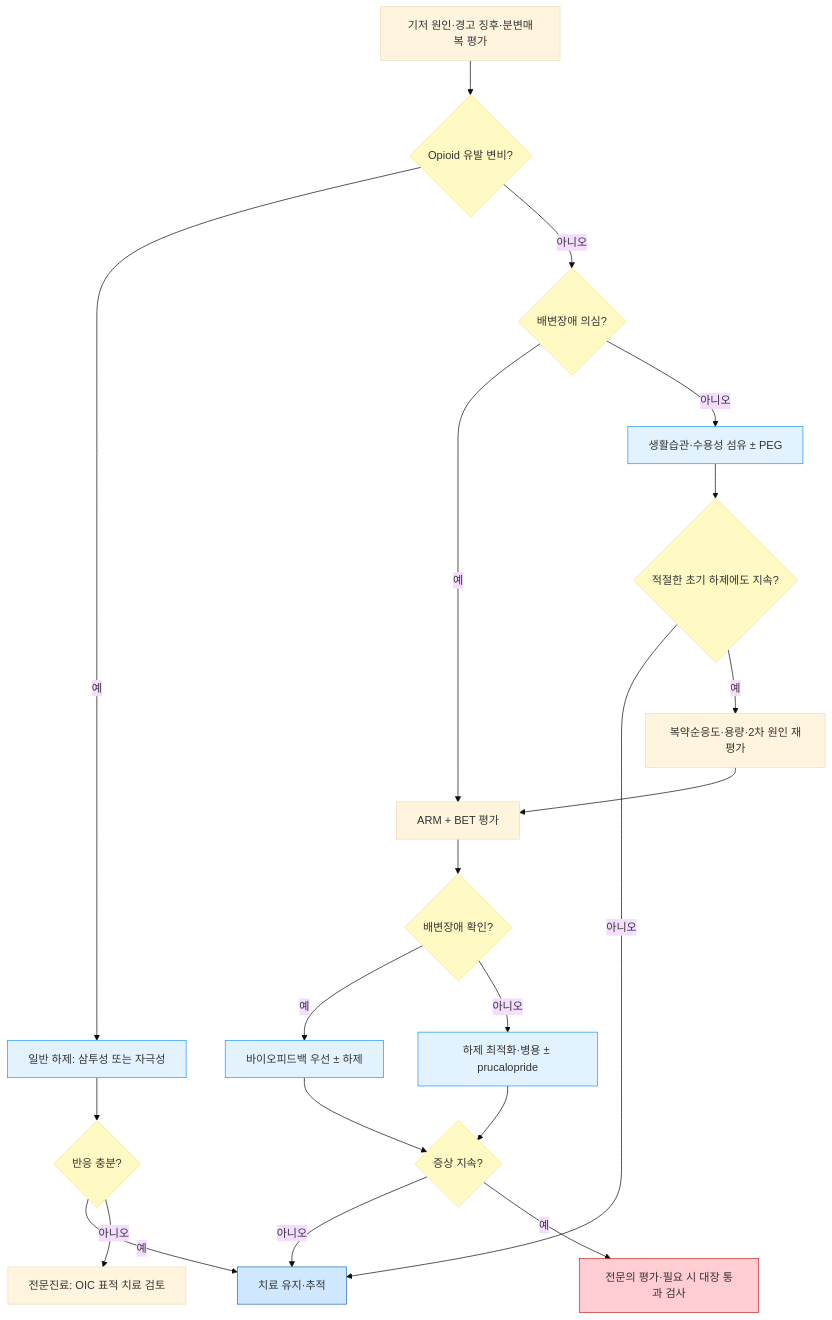
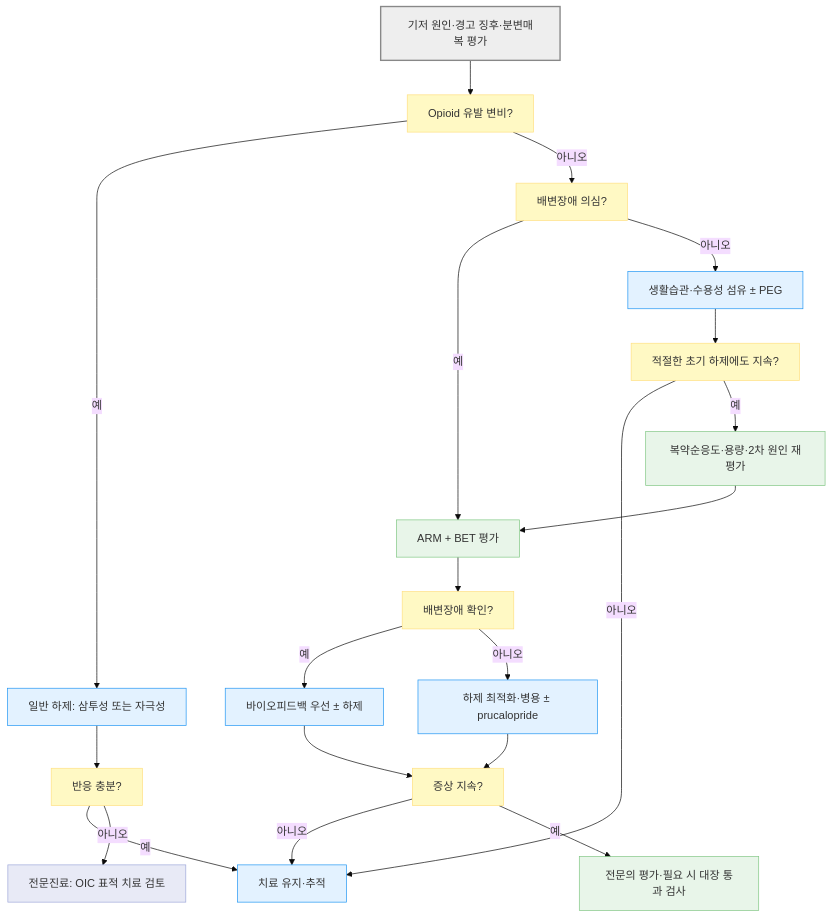
One commit to familyoh77/familyoh77 changed the diagram in 224_/082_-constipation.md. Above: the diagram before and after it, drawn with Mermaid (base theme). The commit also changed other lines of this file and 4 other files, not shown here.

````diff
--- a/224_/082_-constipation.md
+++ b/224_/082_-constipation.md
@@ -113,28 +113,32 @@
 ```mermaid
-graph TD
-    A["기저 원인·경고 징후·분변매복 평가"] --> B{"Opioid 유발 변비?"}
+flowchart TD
+    A["기저 원인·경고 징후·분변매복 평가"] --> B["Opioid 유발 변비?"]
     B -->|예| C["일반 하제: 삼투성 또는 자극성"]
-    C --> D{"반응 충분?"}
+    C --> D["반응 충분?"]
     D -->|예| Z["치료 유지·추적"]
     D -->|아니오| E["전문진료: OIC 표적 치료 검토"]
-    B -->|아니오| F{"배변장애 의심?"}
+    B -->|아니오| F["배변장애 의심?"]
     F -->|예| G["ARM + BET 평가"]
     F -->|아니오| H["생활습관·수용성 섬유 ± PEG"]
-    H --> I{"적절한 초기 하제에도 지속?"}
+    H --> I["적절한 초기 하제에도 지속?"]
     I -->|아니오| Z
     I -->|예| J["복약순응도·용량·2차 원인 재평가"]
     J --> G
-    G --> K{"배변장애 확인?"}
+    G --> K["배변장애 확인?"]
     K -->|예| L["바이오피드백 우선 ± 하제"]
     K -->|아니오| M["하제 최적화·병용 ± prucalopride"]
-    L --> N{"증상 지속?"}
+    L --> N["증상 지속?"]
     M --> N
     N -->|아니오| Z
     N -->|예| O["전문의 평가·필요 시 대장 통과 검사"]
-classDef yellow fill:#fff9c4,stroke:#ffe082
-class B,D,F,I,K,N yellow
-classDef sky fill:#e3f2ff,stroke:#2196f3
-class C,H,L,M sky
-    style Z fill:#d0e8ff,stroke:#1a6abf
-    style O fill:#ffcdd2,stroke:#c62828
+    classDef neutral fill:#eeeeee,stroke:#888888,stroke-width:2px
+    classDef question fill:#fff9c4,stroke:#ffe082
+    classDef test fill:#e8f5e9,stroke:#81c784
+    classDef treatment fill:#e3f2ff,stroke:#2196f3
+    classDef next fill:#e8eaf6,stroke:#9fa8da
+    class A neutral
+    class B,D,F,I,K,N question
+    class G,J,O test
+    class C,H,L,M,Z treatment
+    class E next
 ```
````
